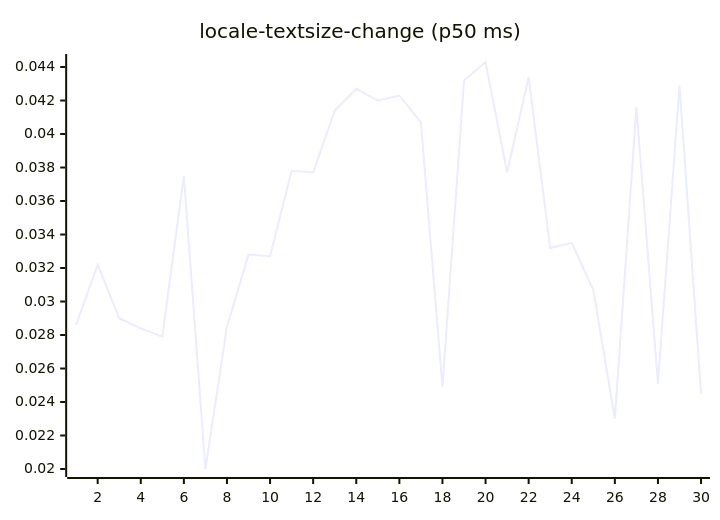
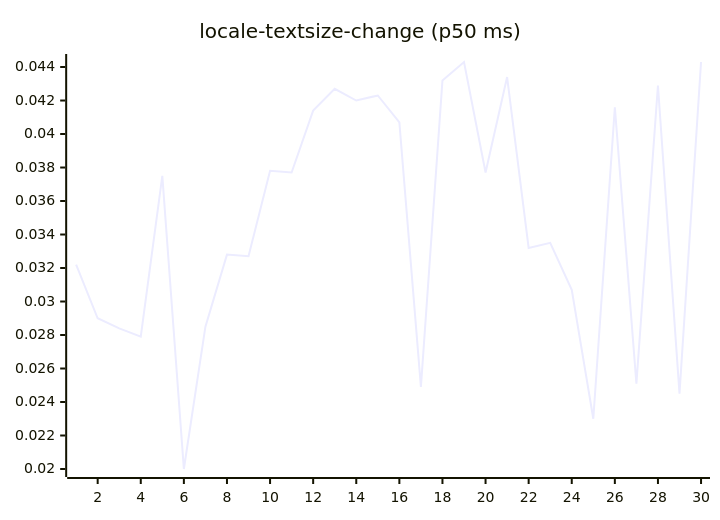
One commit to josha/Facet changed diagram 13 of 27 in README.md. Above: the diagram before and after it, drawn with Mermaid. The commit also changed other lines of this file and 2 other files, not shown here.

````diff
--- a/README.md
+++ b/README.md
@@ -147,6 +147,6 @@
 ```mermaid
 xychart-beta
     title "locale-textsize-change (p50 ms)"
     x-axis 1 --> 30
-    line [0.0286, 0.0322, 0.0290, 0.0284, 0.0279, 0.0375, 0.0200, 0.0285, 0.0328, 0.0327, 0.0378, 0.0377, 0.0414, 0.0427, 0.0420, 0.0423, 0.0407, 0.0249, 0.0432, 0.0443, 0.0377, 0.0434, 0.0332, 0.0335, 0.0307, 0.0230, 0.0416, 0.0251, 0.0429, 0.0245]
+    line [0.0322, 0.0290, 0.0284, 0.0279, 0.0375, 0.0200, 0.0285, 0.0328, 0.0327, 0.0378, 0.0377, 0.0414, 0.0427, 0.0420, 0.0423, 0.0407, 0.0249, 0.0432, 0.0443, 0.0377, 0.0434, 0.0332, 0.0335, 0.0307, 0.0230, 0.0416, 0.0251, 0.0429, 0.0245, 0.0443]
 ```
````
